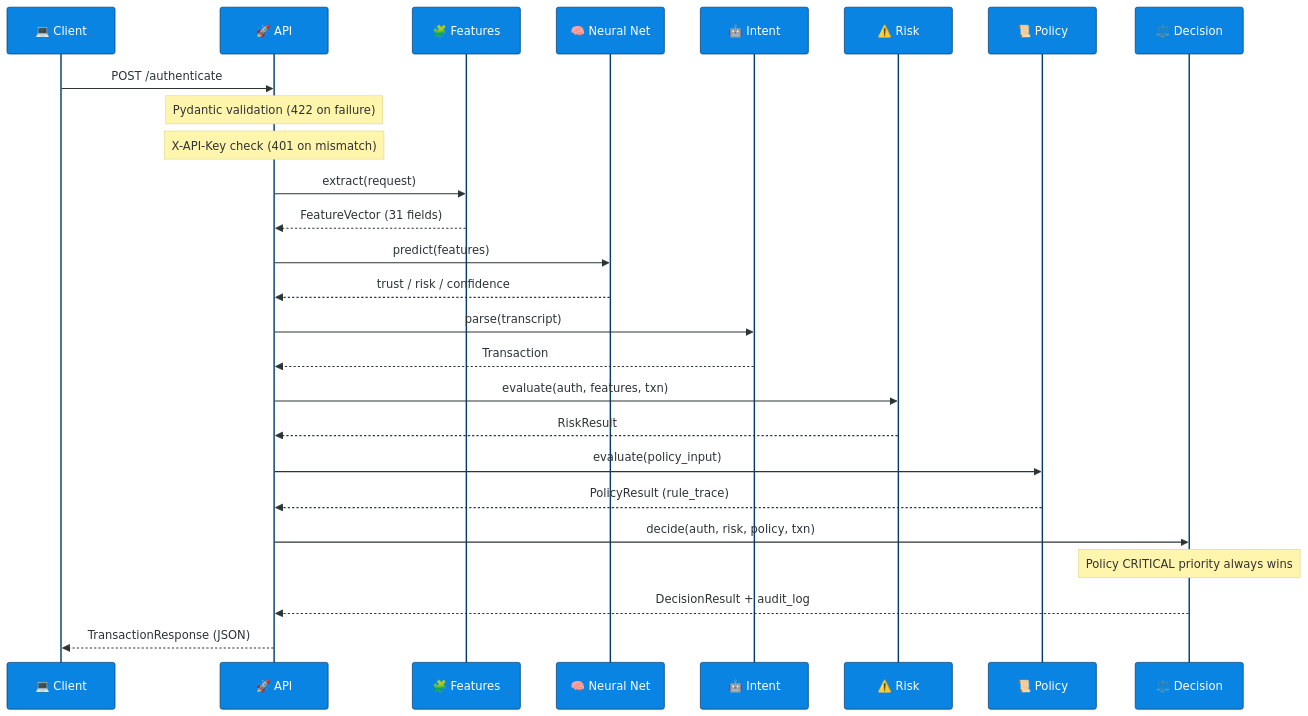
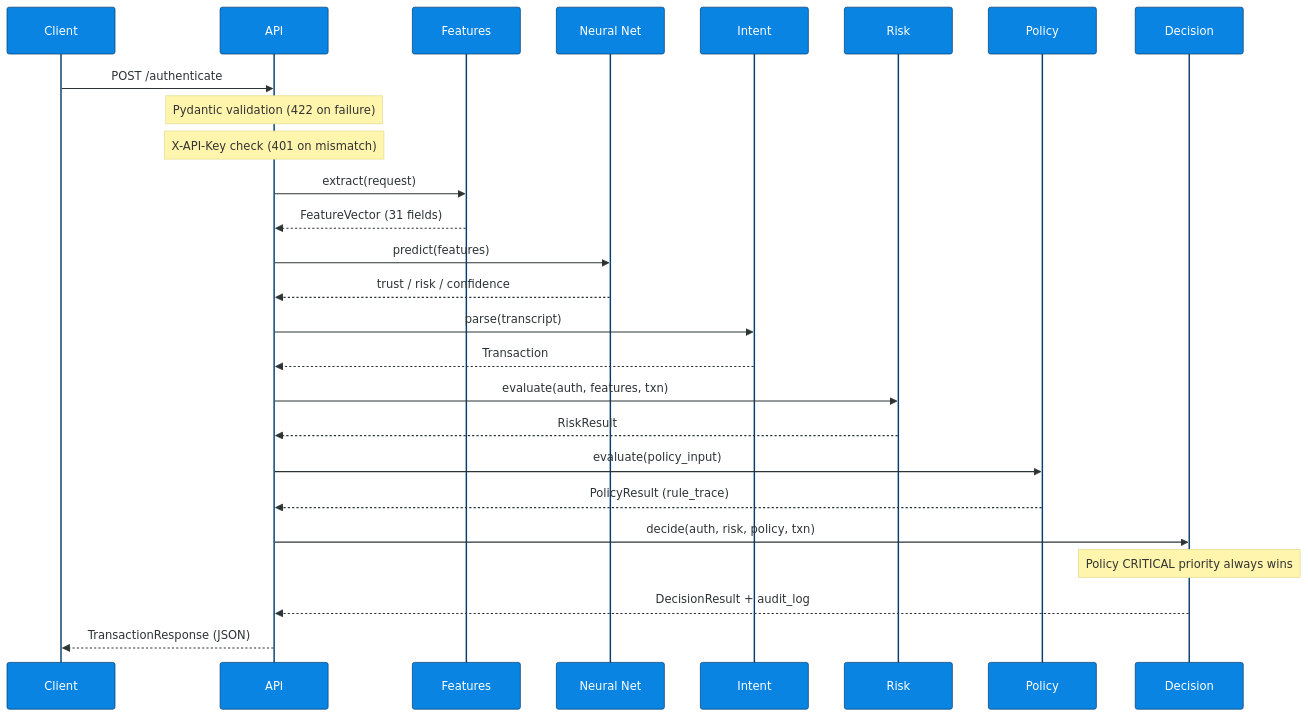
One commit to couder-04/NeuralAuth changed the third of 15 diagrams in README.md. Above: the diagram before and after it, drawn with Mermaid. The commit also changed other lines of this file, not shown here.

````diff
--- a/README.md
+++ b/README.md
@@ -193,30 +193,30 @@
 ```mermaid
 %%{init: {'theme':'base', 'themeVariables': {'primaryColor':'#6c5ce7','primaryTextColor':'#fff','actorBkg':'#0984e3','actorBorder':'#053e6e','actorTextColor':'#fff','signalColor':'#2d3436','signalTextColor':'#2d3436','activationBorderColor':'#00b894','activationBkgColor':'#dff9fb'}}}%%
 sequenceDiagram
-    participant C as 💻 Client
-    participant API as 🚀 API
-    participant FE as 🧩 Features
-    participant NN as 🧠 Neural Net
-    participant IE as 🤖 Intent
-    participant RE as ⚠️ Risk
-    participant PE as 📜 Policy
-    participant DE as ⚖️ Decision
+    participant C as Client
+    participant API as API
+    participant FE as Features
+    participant NN as Neural Net
+    participant IE as Intent
+    participant RE as Risk
+    participant PE as Policy
+    participant DE as Decision
 
     C->>API: POST /authenticate
     Note over API: Pydantic validation (422 on failure)
     Note over API: X-API-Key check (401 on mismatch)
     API->>FE: extract(request)
     FE-->>API: FeatureVector (31 fields)
     API->>NN: predict(features)
     NN-->>API: trust / risk / confidence
     API->>IE: parse(transcript)
     IE-->>API: Transaction
     API->>RE: evaluate(auth, features, txn)
     RE-->>API: RiskResult
     API->>PE: evaluate(policy_input)
     PE-->>API: PolicyResult (rule_trace)
     API->>DE: decide(auth, risk, policy, txn)
     Note over DE: Policy CRITICAL priority always wins
     DE-->>API: DecisionResult + audit_log
     API-->>C: TransactionResponse (JSON)
 ```
````
